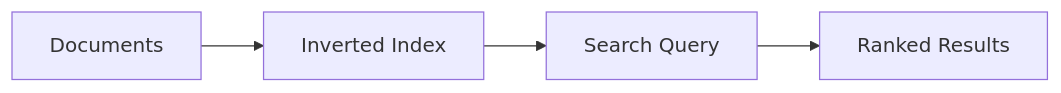
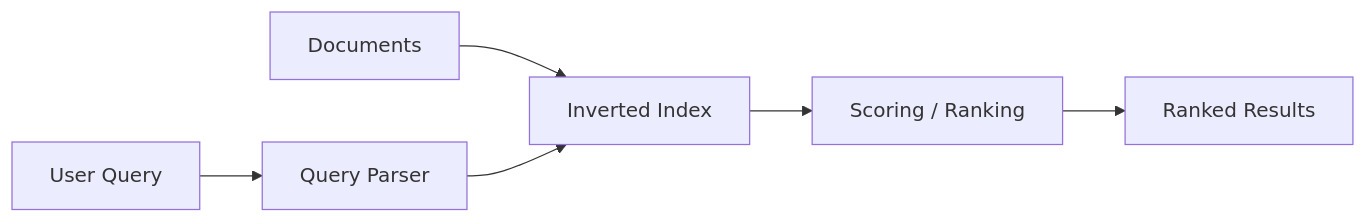
Before and after one commit to hareramcse/SystemDesign: the first of 3 diagrams in 14-search-systems/README.md, drawn with Mermaid. The commit also changed other lines of this file and 15 other files, not shown here.

````diff
--- a/14-search-systems/README.md
+++ b/14-search-systems/README.md
@@ -11,6 +23,8 @@
 ```mermaid
 flowchart LR
     Docs[Documents] --> Index[Inverted Index]
-    Index --> Query[Search Query]
-    Query --> Rank[Ranked Results]
+    Query[User Query] --> Parse[Query Parser]
+    Parse --> Index
+    Index --> Rank[Scoring / Ranking]
+    Rank --> Results[Ranked Results]
 ```
````
